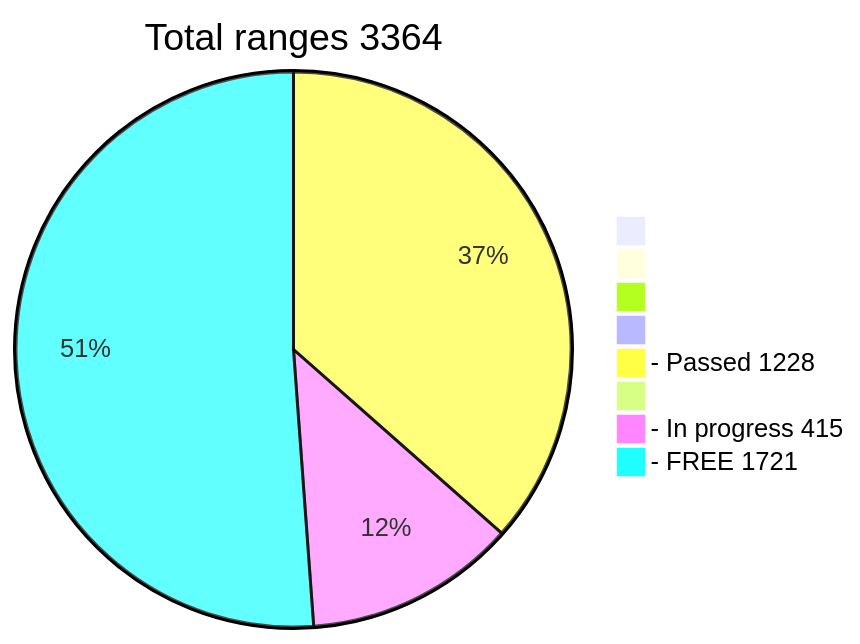
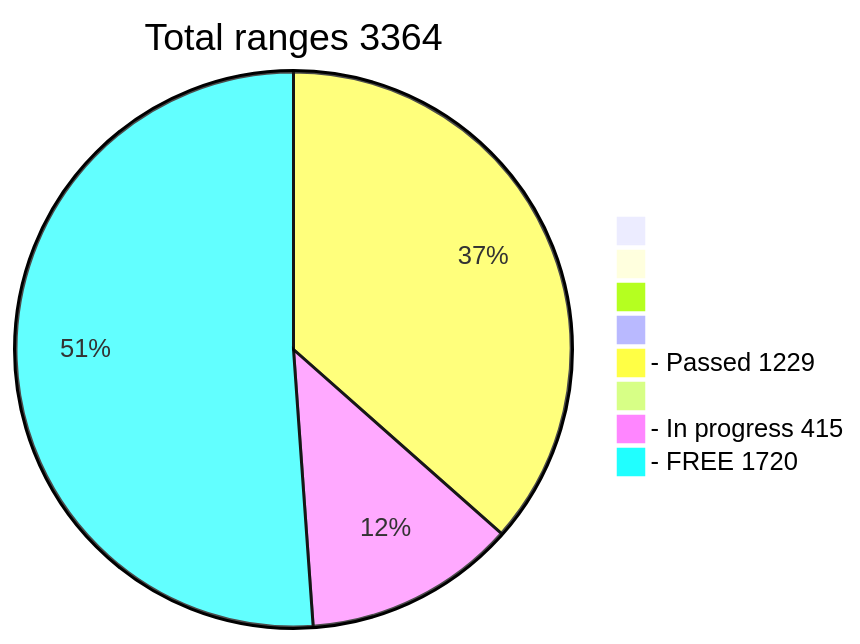
One commit to phrutis/wif500 changed the diagram in README.md. Above: the diagram before and after it, drawn with Mermaid.

````diff
--- a/README.md
+++ b/README.md
@@ -16,12 +16,12 @@
 ```mermaid
 pie title Total ranges 3364
              " " : 0
             "  " : 0
            "   " : 0
           "    " : 0
-  "- Passed 1228" : 1228
+  "- Passed 1229" : 1229
          "     " : 0
   "- In progress 415" : 415
-   "- FREE 1721" : 1721
+   "- FREE 1720" : 1720
    
 ```
````
